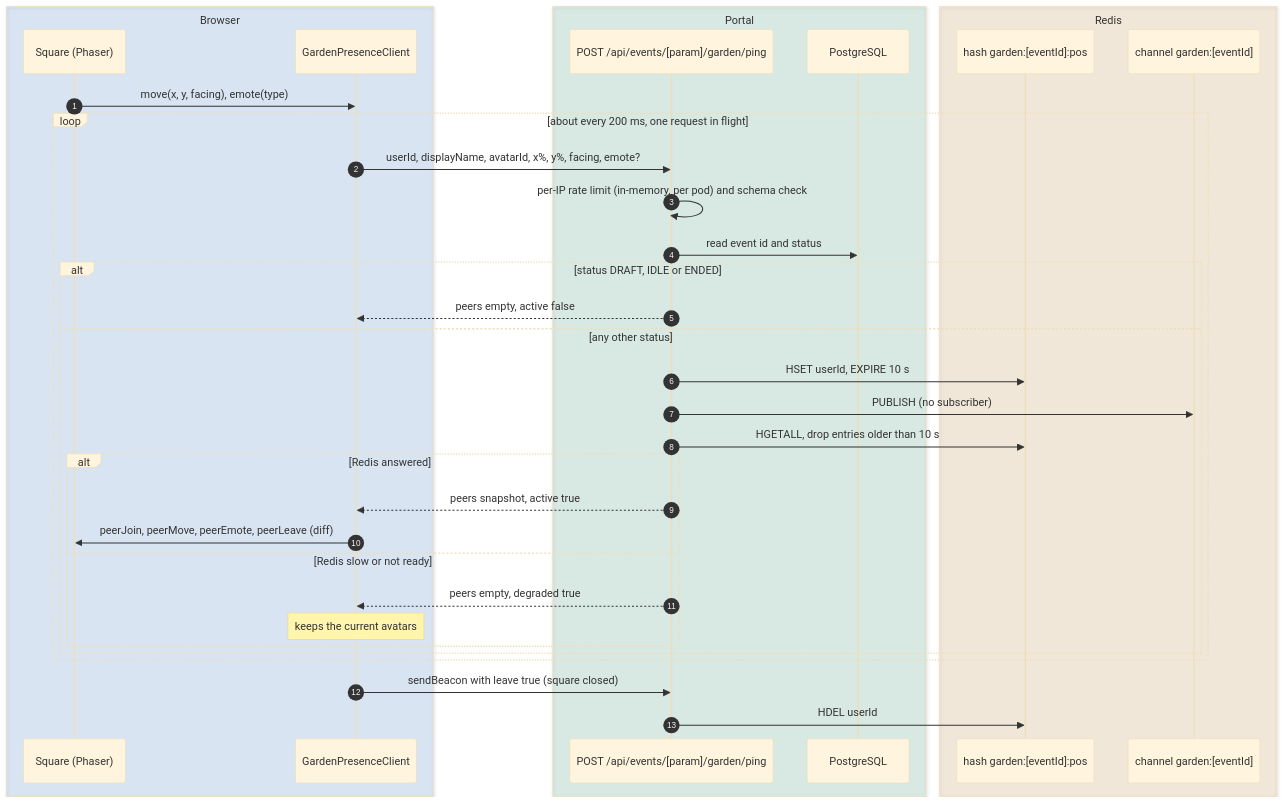
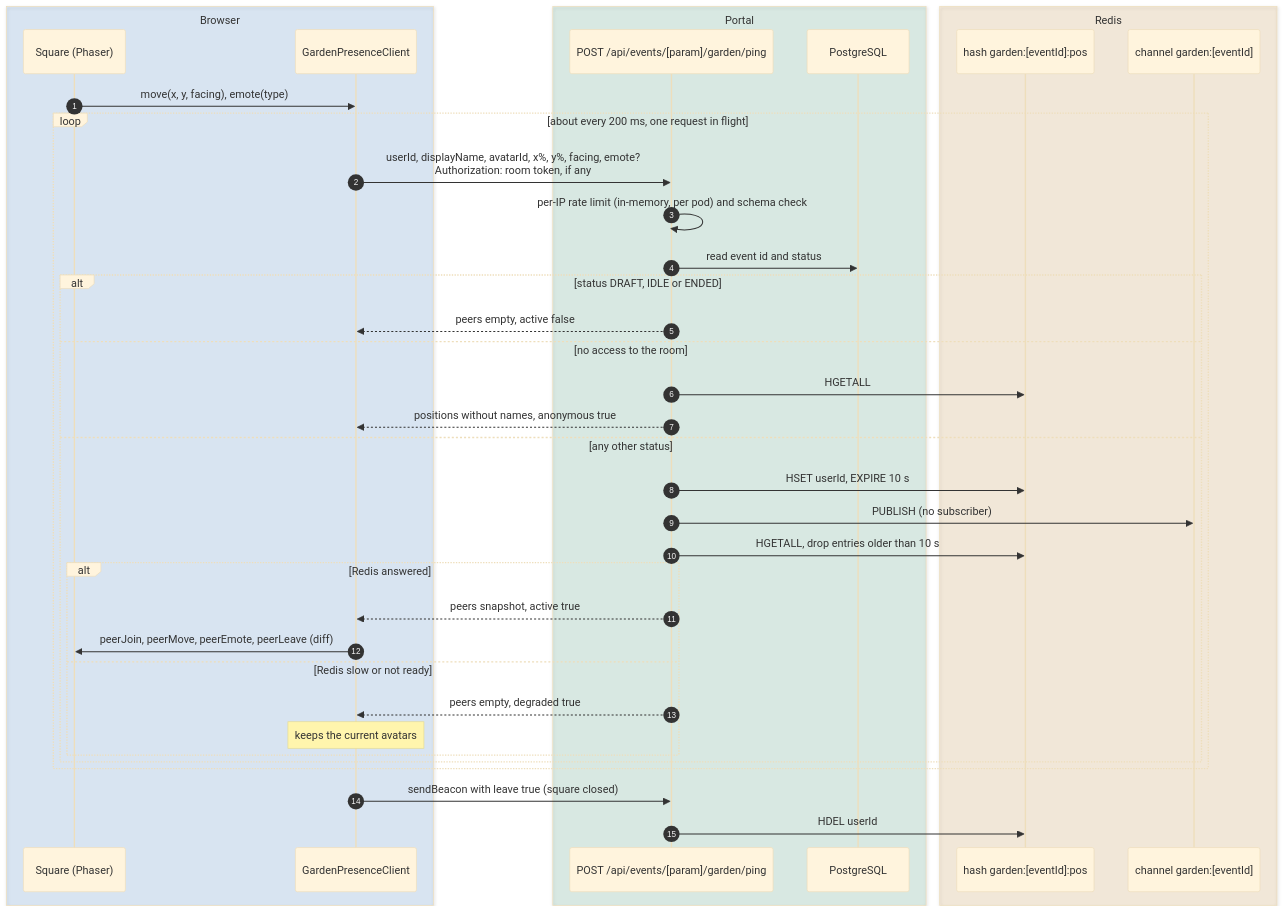
Before and after one commit to italia/pa-webinar: the fourth of 4 diagrams in docs/architecture/waiting-room.md, drawn with Mermaid (base theme). The commit also changed other lines of this file and 6 other files, not shown here.

````diff
--- a/docs/architecture/waiting-room.md
+++ b/docs/architecture/waiting-room.md
@@ -291,39 +291,42 @@
 ```mermaid
 sequenceDiagram
     autonumber
     box rgba(0,102,204,0.12) Browser
         participant Lobby as Square (Phaser)
         participant Client as GardenPresenceClient
     end
     box rgba(0,128,85,0.12) Portal
         participant Route as POST /api/events/[param]/garden/ping
         participant DB as PostgreSQL
     end
     box rgba(204,122,0,0.12) Redis
         participant Hash as hash garden:[eventId]:pos
         participant Chan as channel garden:[eventId]
     end
 
     Lobby->>Client: move(x, y, facing), emote(type)
     loop about every 200 ms, one request in flight
-        Client->>Route: userId, displayName, avatarId, x%, y%, facing, emote?
+        Client->>Route: userId, displayName, avatarId, x%, y%, facing, emote?<br/>Authorization: room token, if any
         Route->>Route: per-IP rate limit (in-memory, per pod) and schema check
         Route->>DB: read event id and status
         alt status DRAFT, IDLE or ENDED
             Route-->>Client: peers empty, active false
+        else no access to the room
+            Route->>Hash: HGETALL
+            Route-->>Client: positions without names, anonymous true
         else any other status
             Route->>Hash: HSET userId, EXPIRE 10 s
             Route->>Chan: PUBLISH (no subscriber)
             Route->>Hash: HGETALL, drop entries older than 10 s
             alt Redis answered
                 Route-->>Client: peers snapshot, active true
                 Client->>Lobby: peerJoin, peerMove, peerEmote, peerLeave (diff)
             else Redis slow or not ready
                 Route-->>Client: peers empty, degraded true
                 Note over Client: keeps the current avatars
             end
         end
     end
     Client->>Route: sendBeacon with leave true (square closed)
     Route->>Hash: HDEL userId
 ```
````
